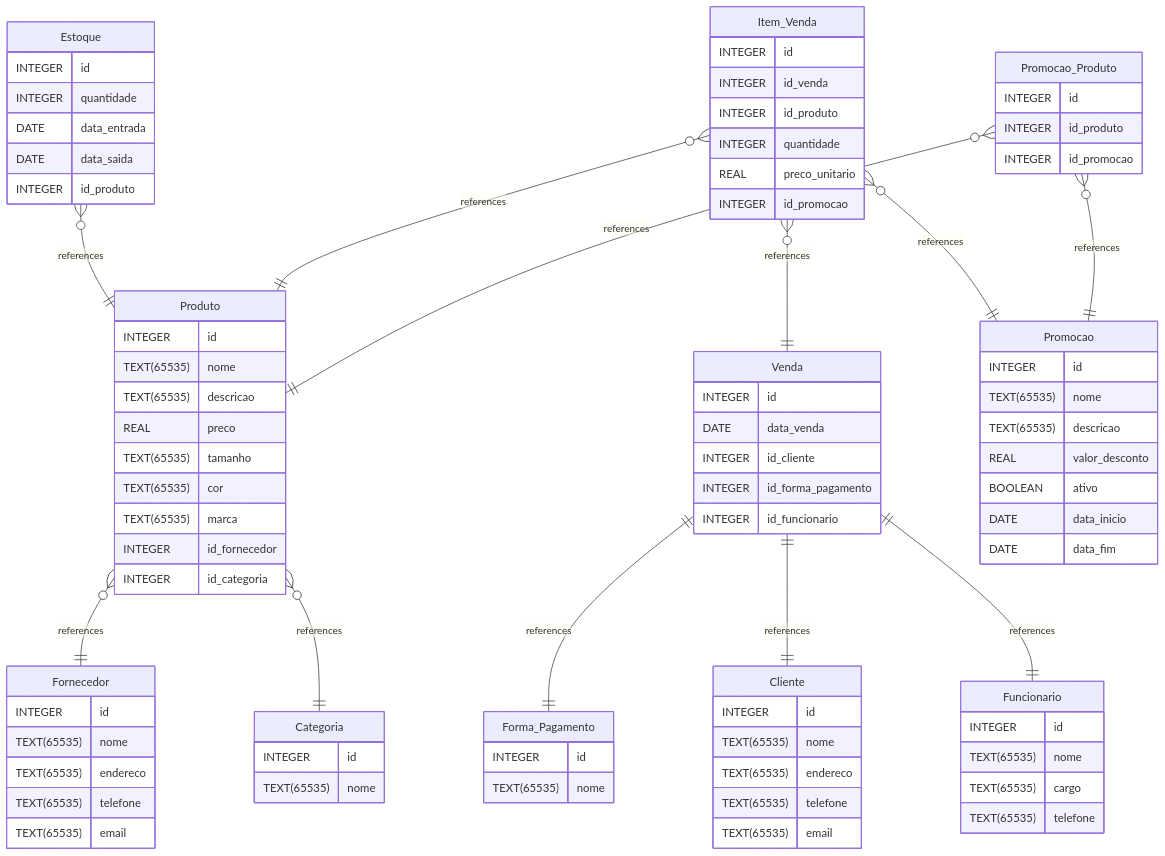
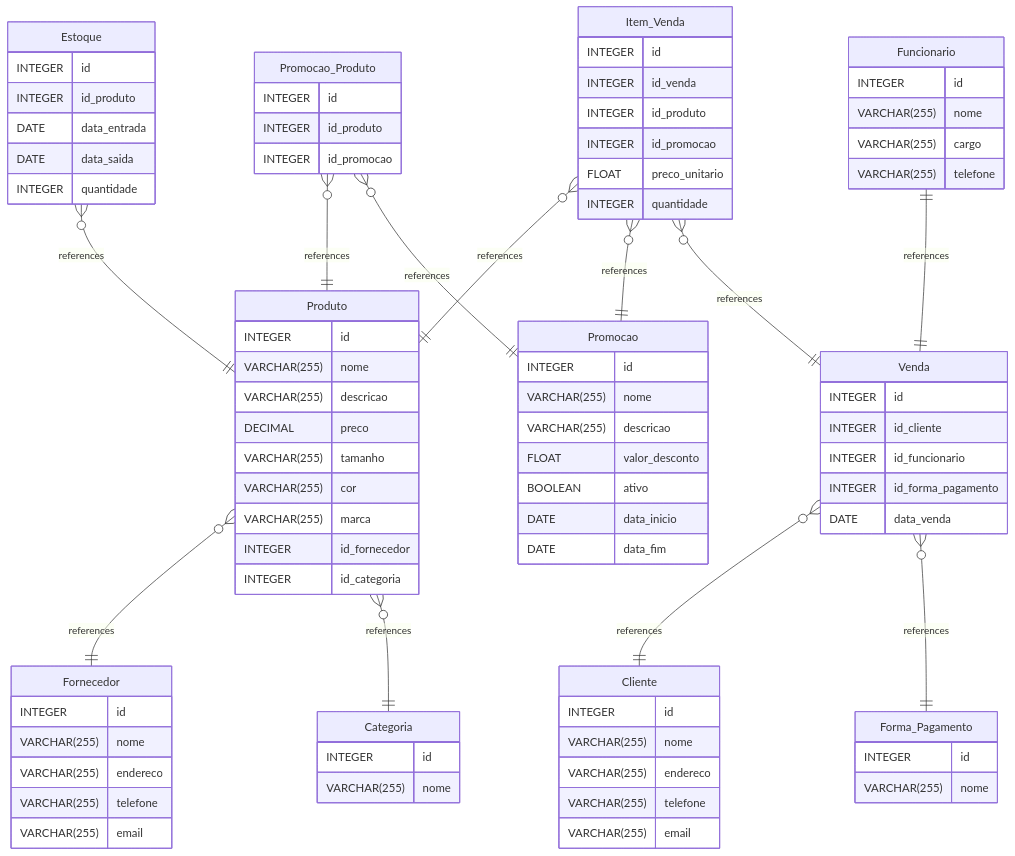
The diagram in BD_ProjetoTrio_P1/README.md (Kacaii/senac-databank-02), drawn with Mermaid before and after one commit. The commit also changed 1 other file, not shown here.

Commit message:
add mysql CREATE

````diff
--- a/BD_ProjetoTrio_P1/README.md
+++ b/BD_ProjetoTrio_P1/README.md
@@ -70,95 +70,46 @@
 ```mermaid
 erDiagram
+ Item_Venda }o--|| Produto : references
+ Item_Venda }o--|| Promocao : references
+ Promocao_Produto }o--|| Produto : references
+ Promocao_Produto }o--|| Promocao : references
+ Estoque }o--|| Produto : references
  Produto }o--|| Fornecedor : references
  Produto }o--|| Categoria : references
- Venda ||--|| Forma_Pagamento : references
- Venda ||--|| Cliente : references
- Venda ||--|| Funcionario : references
- Estoque }o--|| Produto : references
  Item_Venda }o--|| Venda : references
- Item_Venda }o--|| Promocao : references
- Item_Venda }o--|| Produto : references
- Promocao_Produto }o--|| Produto : references
- Promocao_Produto }o--|| Promocao : references
+ Venda }o--|| Cliente : references
+ Venda }o--|| Forma_Pagamento : references
+ Funcionario ||--|| Venda : references
 
  Produto {
   INTEGER id
-  TEXT(65535) nome
-  TEXT(65535) descricao
-  REAL preco
-  TEXT(65535) tamanho
-  TEXT(65535) cor
-  TEXT(65535) marca
+  VARCHAR(255) nome
+  VARCHAR(255) descricao
+  DECIMAL preco
+  VARCHAR(255) tamanho
+  VARCHAR(255) cor
+  VARCHAR(255) marca
   INTEGER id_fornecedor
   INTEGER id_categoria
- }
-
- Fornecedor {
-  INTEGER id
-  TEXT(65535) nome
-  TEXT(65535) endereco
-  TEXT(65535) telefone
-  TEXT(65535) email
- }
-
- Categoria {
-  INTEGER id
-  TEXT(65535) nome
- }
-
- Estoque {
-  INTEGER id
-  INTEGER quantidade
-  DATE data_entrada
-  DATE data_saida
-  INTEGER id_produto
- }
-
- Venda {
-  INTEGER id
-  DATE data_venda
-  INTEGER id_cliente
-  INTEGER id_forma_pagamento
-  INTEGER id_funcionario
- }
-
- Forma_Pagamento {
-  INTEGER id
-  TEXT(65535) nome
- }
-
- Cliente {
-  INTEGER id
-  TEXT(65535) nome
-  TEXT(65535) endereco
-  TEXT(65535) telefone
-  TEXT(65535) email
- }
-
- Funcionario {
-  INTEGER id
-  TEXT(65535) nome
-  TEXT(65535) cargo
-  TEXT(65535) telefone
- }
-
- Promocao {
-  INTEGER id
-  TEXT(65535) nome
-  TEXT(65535) descricao
-  REAL valor_desconto
-  BOOLEAN ativo
-  DATE data_inicio
-  DATE data_fim
  }
 
  Item_Venda {
   INTEGER id
   INTEGER id_venda
   INTEGER id_produto
+  INTEGER id_promocao
+  FLOAT preco_unitario
   INTEGER quantidade
-  REAL preco_unitario
-  INTEGER id_promocao
+ }
+
+ Promocao {
+  INTEGER id
+  VARCHAR(255) nome
+  VARCHAR(255) descricao
+  FLOAT valor_desconto
+  BOOLEAN ativo
+  DATE data_inicio
+  DATE data_fim
  }
 
  Promocao_Produto {
@@ -167,4 +118,53 @@
   INTEGER id_promocao
  }
 
+ Estoque {
+  INTEGER id
+  INTEGER id_produto
+  DATE data_entrada
+  DATE data_saida
+  INTEGER quantidade
+ }
+
+ Fornecedor {
+  INTEGER id
+  VARCHAR(255) nome
+  VARCHAR(255) endereco
+  VARCHAR(255) telefone
+  VARCHAR(255) email
+ }
+
+ Categoria {
+  INTEGER id
+  VARCHAR(255) nome
+ }
+
+ Venda {
+  INTEGER id
+  INTEGER id_cliente
+  INTEGER id_funcionario
+  INTEGER id_forma_pagamento
+  DATE data_venda
+ }
+
+ Cliente {
+  INTEGER id
+  VARCHAR(255) nome
+  VARCHAR(255) endereco
+  VARCHAR(255) telefone
+  VARCHAR(255) email
+ }
+
+ Forma_Pagamento {
+  INTEGER id
+  VARCHAR(255) nome
+ }
+
+ Funcionario {
+  INTEGER id
+  VARCHAR(255) nome
+  VARCHAR(255) cargo
+  VARCHAR(255) telefone
+ }
+
 ```
````
